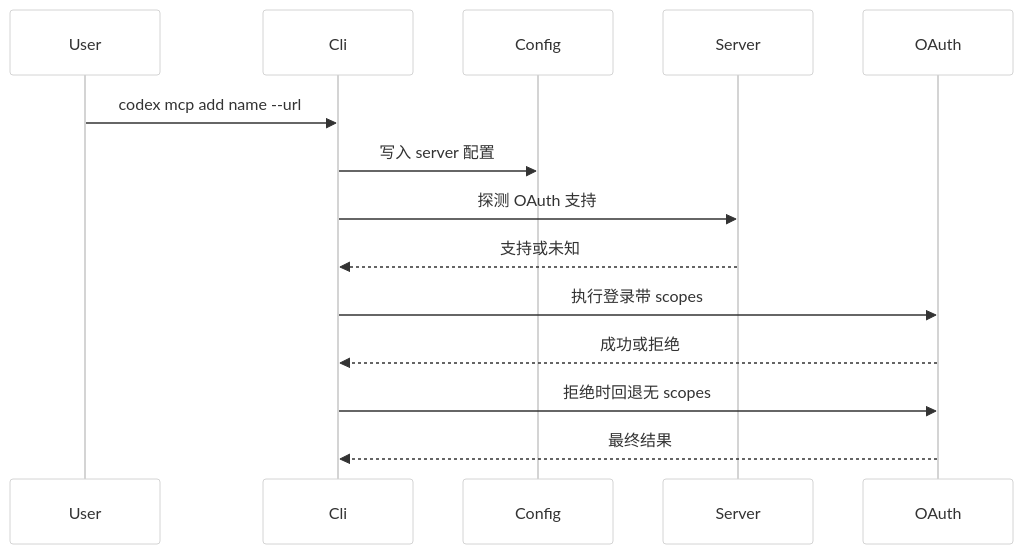
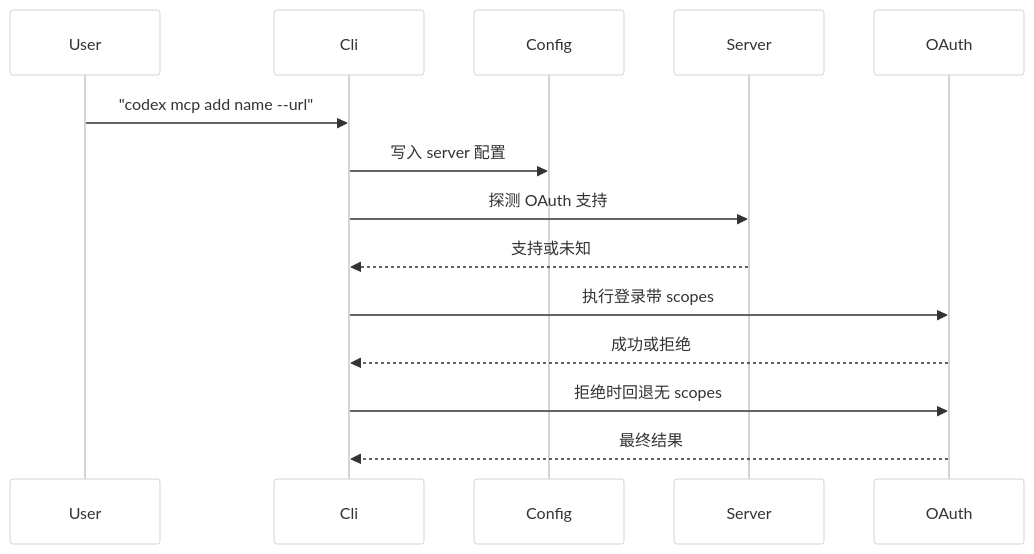
The third of 6 diagrams in Part I Principles and Usage/05-高级使用方法.md (GLBB/codex-source-analysis), drawn with Mermaid before and after one commit. The commit also changed other lines of this file and 12 other files, not shown here.

````diff
--- a/Part I Principles and Usage/05-高级使用方法.md
+++ b/Part I Principles and Usage/05-高级使用方法.md
@@ -304,18 +320,18 @@
 ```mermaid
-%%{init: {"theme":"neutral","themeCSS":"svg { background: #ffffff !important; }","themeVariables":{"background":"#ffffff","mainBkg":"#ffffff","primaryTextColor":"#000000","textColor":"#000000","lineColor":"#444444","edgeLabelBackground":"#ffffff","primaryColor":"#f5f5f5","secondaryColor":"#f6f8fa","tertiaryColor":"#ffffff","primaryBorderColor":"#333333","clusterBkg":"#fafafa","clusterBorder":"#888888"}}}%%
+%%{init:{'theme':'neutral','themeVariables':{'background':'#ffffff','mainBkg':'#ffffff','primaryTextColor':'#000000','textColor':'#000000','lineColor':'#444444','edgeLabelBackground':'#ffffff','primaryColor':'#f5f5f5','secondaryColor':'#f6f8fa','tertiaryColor':'#ffffff','primaryBorderColor':'#333333','clusterBkg':'#fafafa','clusterBorder':'#888888'}}}%%
 sequenceDiagram
     participant User
     participant Cli
     participant Config
     participant Server
     participant OAuth
 
-    User->>Cli: codex mcp add name --url
+    User->>Cli: "codex mcp add name --url"
     Cli->>Config: 写入 server 配置
     Cli->>Server: 探测 OAuth 支持
     Server-->>Cli: 支持或未知
     Cli->>OAuth: 执行登录带 scopes
     OAuth-->>Cli: 成功或拒绝
     Cli->>OAuth: 拒绝时回退无 scopes
     OAuth-->>Cli: 最终结果
 ```
````
